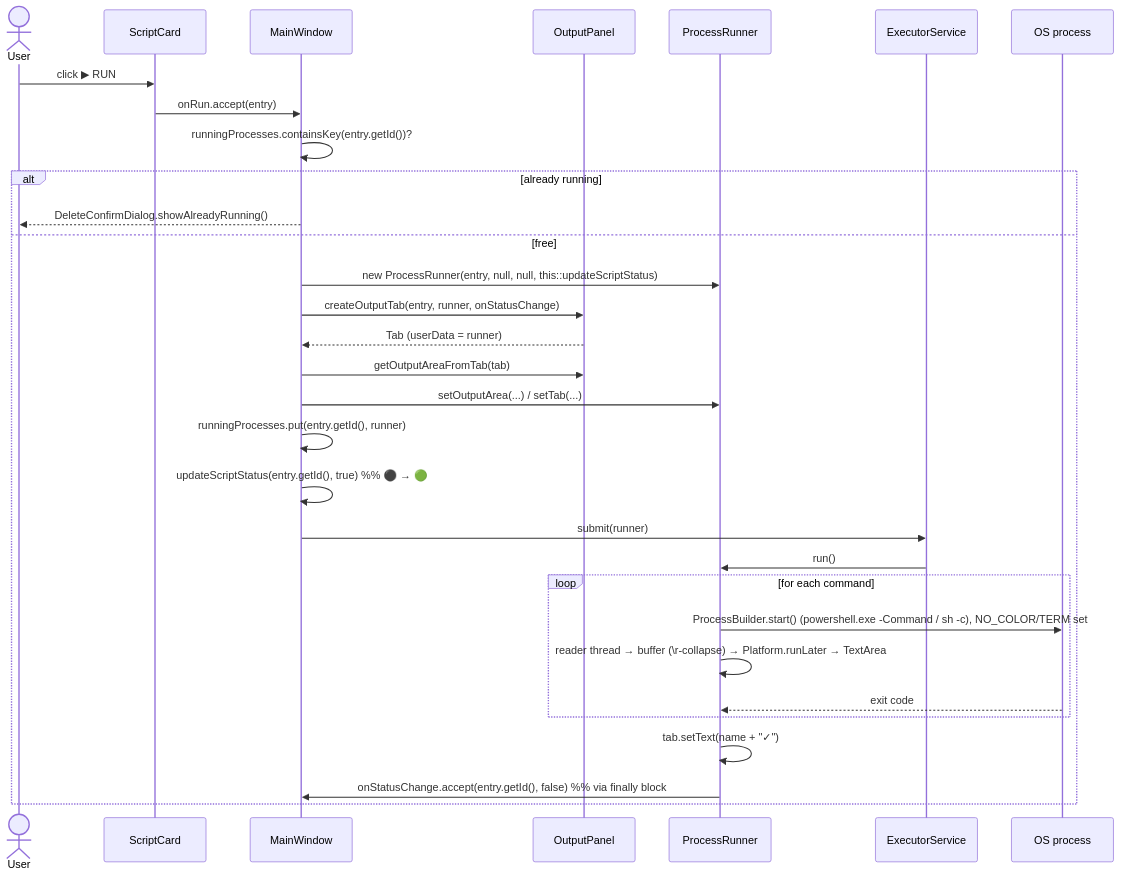
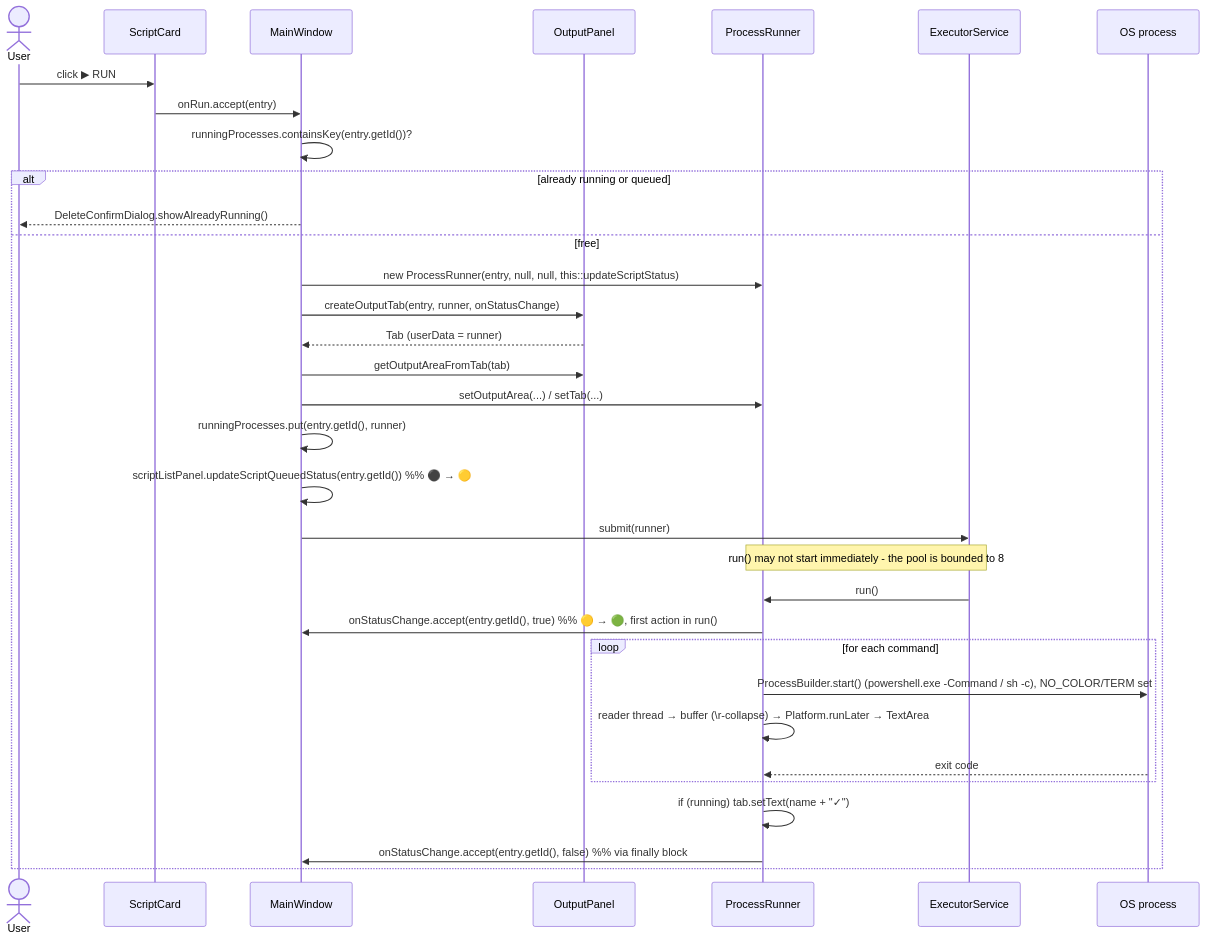
One commit to SamuiRo/EAShell changed the second of 3 diagrams in docs/ARCHITECTURE.md. Above: the diagram before and after it, drawn with Mermaid. The commit also changed other lines of this file and 14 other files, not shown here.

````diff
--- a/docs/ARCHITECTURE.md
+++ b/docs/ARCHITECTURE.md
@@ -186,34 +189,36 @@
 ```mermaid
 sequenceDiagram
     actor U as User
     participant Card as ScriptCard
     participant MW as MainWindow
     participant OP as OutputPanel
     participant PR as ProcessRunner
     participant EX as ExecutorService
     participant OS as OS process
 
     U->>Card: click ▶ RUN
     Card->>MW: onRun.accept(entry)
     MW->>MW: runningProcesses.containsKey(entry.getId())?
-    alt already running
+    alt already running or queued
         MW-->>U: DeleteConfirmDialog.showAlreadyRunning()
     else free
         MW->>PR: new ProcessRunner(entry, null, null, this::updateScriptStatus)
         MW->>OP: createOutputTab(entry, runner, onStatusChange)
         OP-->>MW: Tab (userData = runner)
         MW->>OP: getOutputAreaFromTab(tab)
         MW->>PR: setOutputArea(...) / setTab(...)
         MW->>MW: runningProcesses.put(entry.getId(), runner)
-        MW->>MW: updateScriptStatus(entry.getId(), true)   %% ⚫ → 🟢
+        MW->>MW: scriptListPanel.updateScriptQueuedStatus(entry.getId())   %% ⚫ → 🟡
         MW->>EX: submit(runner)
+        Note over EX,PR: run() may not start immediately - the pool is bounded to 8
         EX->>PR: run()
+        PR->>MW: onStatusChange.accept(entry.getId(), true)   %% 🟡 → 🟢, first action in run()
         loop for each command
             PR->>OS: ProcessBuilder.start() (powershell.exe -Command / sh -c), NO_COLOR/TERM set
             PR->>PR: reader thread → buffer (\r-collapse) → Platform.runLater → TextArea
             OS-->>PR: exit code
         end
-        PR->>PR: tab.setText(name + "✓")
+        PR->>PR: if (running) tab.setText(name + "✓")
         PR->>MW: onStatusChange.accept(entry.getId(), false)   %% via finally block
     end
 ```
````
